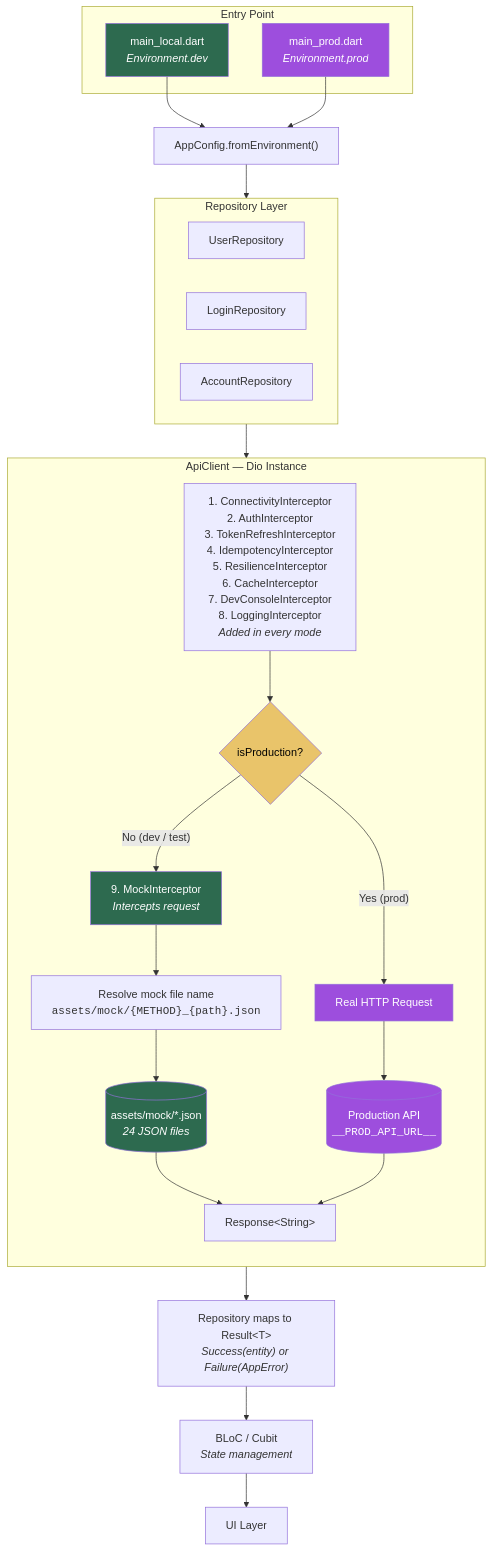
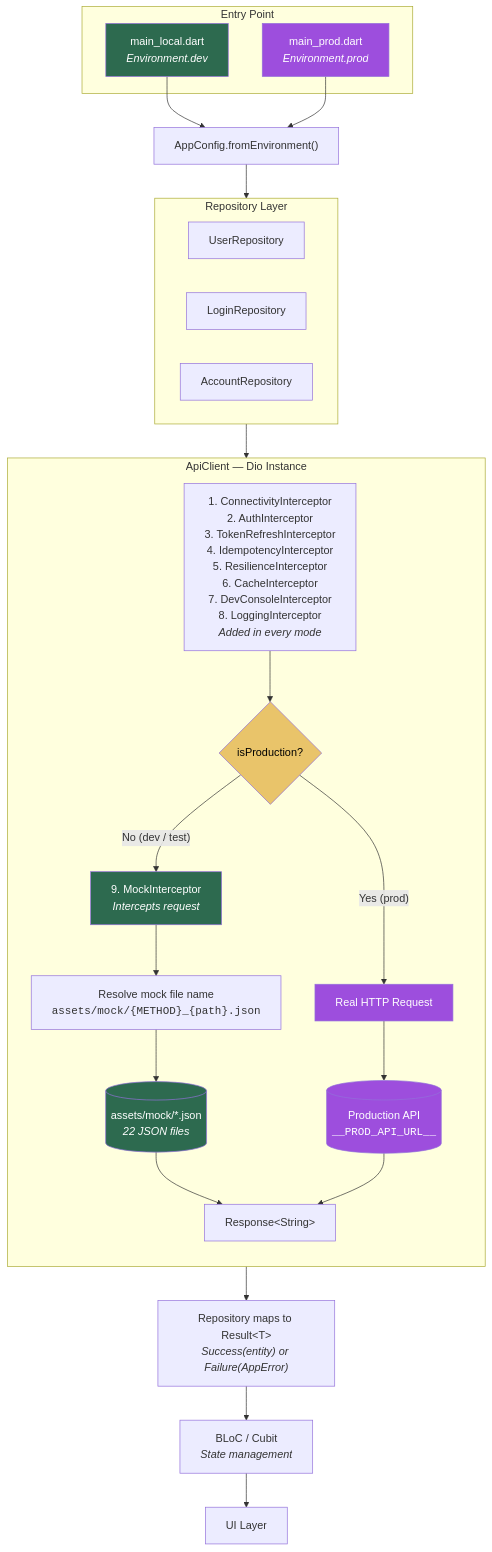
The first of 2 diagrams in docs/mock-architecture.md (cevheri/flutter-bloc-advanced), drawn with Mermaid before and after one commit. The commit also changed other lines of this file and 18 other files, not shown here.

````diff
--- a/docs/mock-architecture.md
+++ b/docs/mock-architecture.md
@@ -19,65 +19,65 @@
 ```mermaid
 flowchart TB
     subgraph Entry["Entry Point"]
         LOCAL["main_local.dart<br/><i>Environment.dev</i>"]
         PROD["main_prod.dart<br/><i>Environment.prod</i>"]
     end
 
     LOCAL --> ENV
     PROD --> ENV
 
     ENV["AppConfig.fromEnvironment()"]
     ENV --> REPO
 
     subgraph REPO["Repository Layer"]
         direction LR
         UR["UserRepository"]
         AR["LoginRepository"]
         ACR["AccountRepository"]
     end
 
     REPO --> API
 
     subgraph API["ApiClient — Dio Instance"]
         direction TB
         CHAIN["1. ConnectivityInterceptor<br/>2. AuthInterceptor<br/>3. TokenRefreshInterceptor<br/>4. IdempotencyInterceptor<br/>5. ResilienceInterceptor<br/>6. CacheInterceptor<br/>7. DevConsoleInterceptor<br/>8. LoggingInterceptor<br/><i>Added in every mode</i>"]
         CHAIN --> DECISION
 
         DECISION{isProduction?}
 
         DECISION -- "No (dev / test)" --> MOCK_INT
         DECISION -- "Yes (prod)" --> NETWORK
 
         MOCK_INT["9. MockInterceptor<br/><i>Intercepts request</i>"]
         MOCK_INT --> RESOLVE
 
         RESOLVE["Resolve mock file name<br/><code>assets/mock/{METHOD}_{path}.json</code>"]
         RESOLVE --> ASSET
 
-        ASSET[("assets/mock/*.json<br/><i>24 JSON files</i>")]
+        ASSET[("assets/mock/*.json<br/><i>22 JSON files</i>")]
         ASSET --> RESPONSE
 
         NETWORK["Real HTTP Request"]
         NETWORK --> REAL_API
 
         REAL_API[("Production API<br/><code>__PROD_API_URL__</code>")]
         REAL_API --> RESPONSE
     end
 
     RESPONSE["Response&lt;String&gt;"]
     RESPONSE --> RESULT
 
     RESULT["Repository maps to Result&lt;T&gt;<br/><i>Success(entity) or Failure(AppError)</i>"]
     RESULT --> BLOC
 
     BLOC["BLoC / Cubit<br/><i>State management</i>"]
     BLOC --> UI["UI Layer"]
 
     style LOCAL fill:#2d6a4f,color:#fff
     style PROD fill:#9d4edd,color:#fff
     style MOCK_INT fill:#2d6a4f,color:#fff
     style ASSET fill:#2d6a4f,color:#fff
     style NETWORK fill:#9d4edd,color:#fff
     style REAL_API fill:#9d4edd,color:#fff
     style DECISION fill:#e9c46a,color:#000
 ```
````
